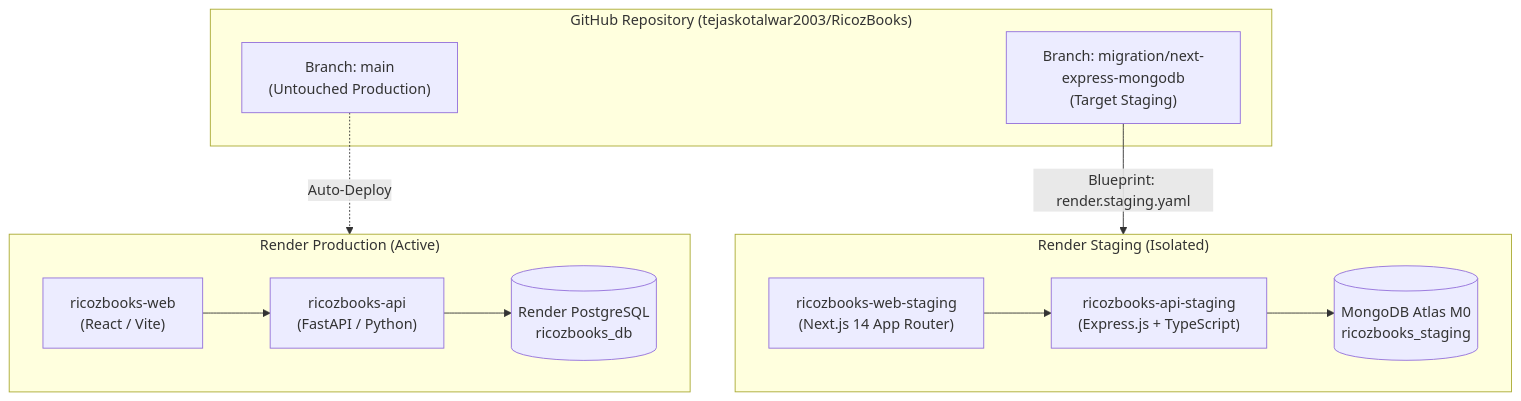
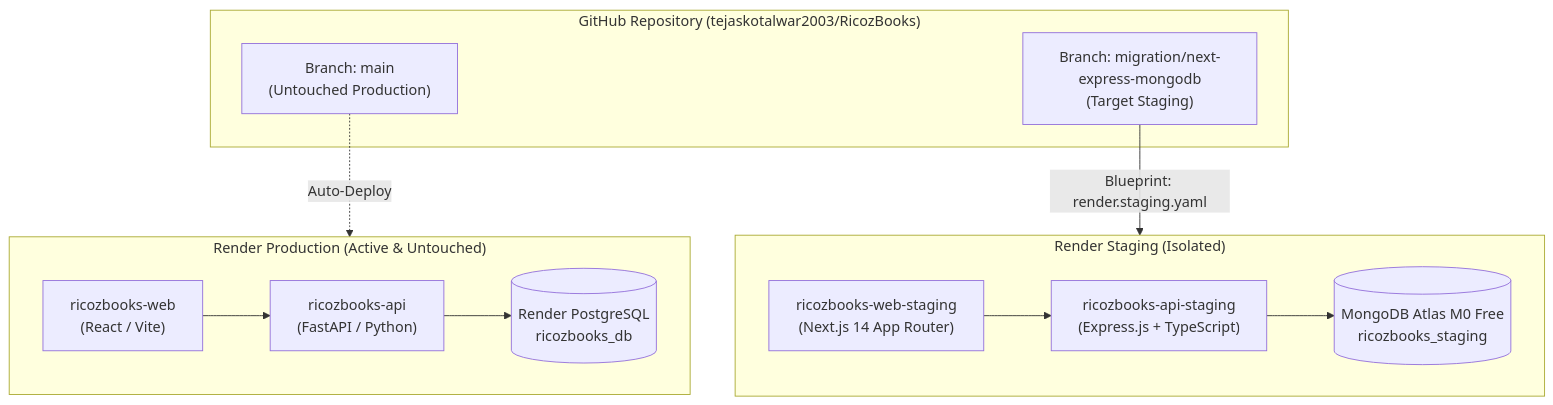
The diagram in docs/migration/DEPLOYMENT_AND_ROLLBACK.md (tejaskotalwar2003/RicozBooks), drawn with Mermaid before and after one commit. The commit also changed other lines of this file and 6 other files, not shown here.

Commit message:
feat(staging): enable dynamic Render PORT binding, CORS configuration, developer login route alias, and AWS portability documentation

````diff
--- a/docs/migration/DEPLOYMENT_AND_ROLLBACK.md
+++ b/docs/migration/DEPLOYMENT_AND_ROLLBACK.md
@@ -15,24 +16,24 @@
 ```mermaid
 flowchart TD
     subgraph GitHub["GitHub Repository (tejaskotalwar2003/RicozBooks)"]
         MainBranch["Branch: main<br/>(Untouched Production)"]
         MigBranch["Branch: migration/next-express-mongodb<br/>(Target Staging)"]
     end
 
-    subgraph ProductionEnv["Render Production (Active)"]
+    subgraph ProductionEnv["Render Production (Active & Untouched)"]
         ProdWeb["ricozbooks-web<br/>(React / Vite)"]
         ProdAPI["ricozbooks-api<br/>(FastAPI / Python)"]
         ProdDB[("Render PostgreSQL<br/>ricozbooks_db")]
         ProdWeb --> ProdAPI --> ProdDB
     end
 
     subgraph StagingEnv["Render Staging (Isolated)"]
         StagingWeb["ricozbooks-web-staging<br/>(Next.js 14 App Router)"]
         StagingAPI["ricozbooks-api-staging<br/>(Express.js + TypeScript)"]
-        StagingDB[("MongoDB Atlas M0<br/>ricozbooks_staging")]
+        StagingDB[("MongoDB Atlas M0 Free<br/>ricozbooks_staging")]
         StagingWeb --> StagingAPI --> StagingDB
     end
 
     MainBranch -.->|Auto-Deploy| ProductionEnv
     MigBranch -->|Blueprint: render.staging.yaml| StagingEnv
 ```
````
